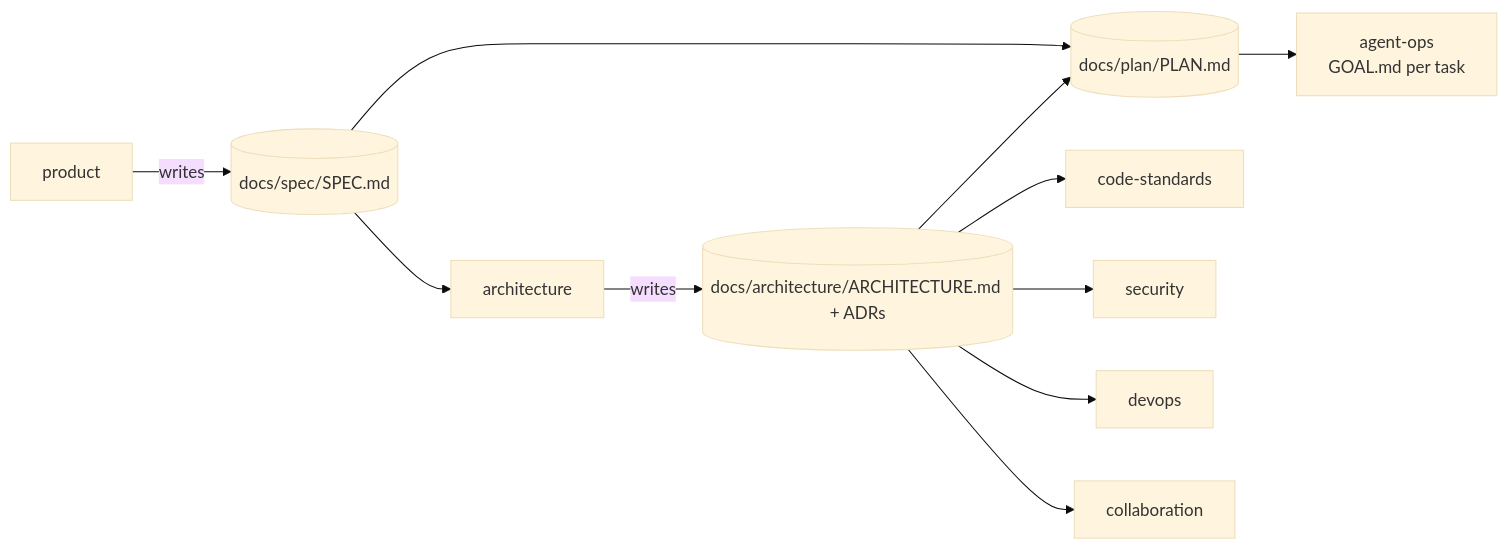
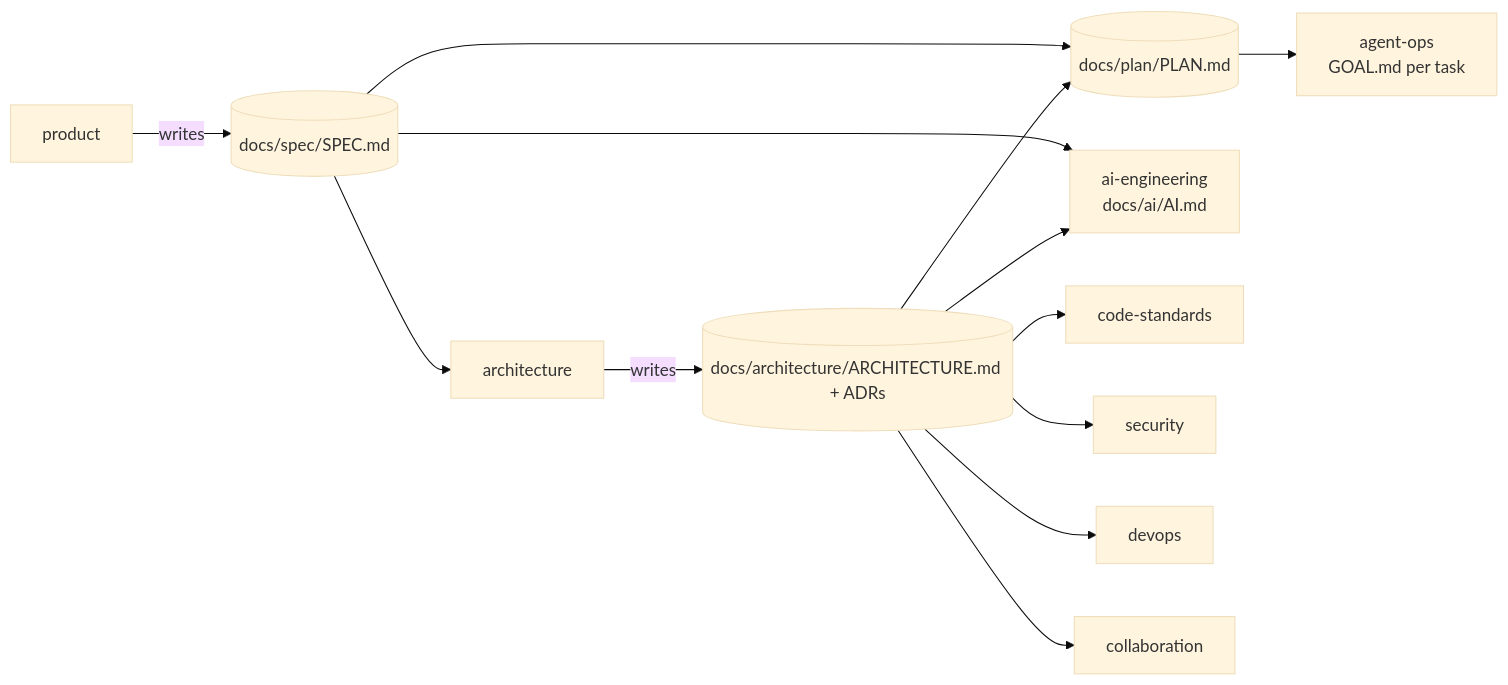
The first of 2 diagrams in README.md (ebuka-odih/agent-skills), drawn with Mermaid (base theme) before and after one commit. The commit also changed other lines of this file and 56 other files, not shown here.

First line of the commit message:
Add ai-engineering plugin: AI architecture with a learning loop

````diff
--- a/README.md
+++ b/README.md
@@ -40,13 +41,15 @@
 ```mermaid
 flowchart LR
   P[product] -->|writes| SP[(docs/spec/SPEC.md)]
   SP --> A
   A[architecture] -->|writes| D[(docs/architecture/ARCHITECTURE.md + ADRs)]
   SP --> PL[(docs/plan/PLAN.md)]
   D --> PL
   PL --> AO[agent-ops<br/>GOAL.md per task]
+  SP --> AI[ai-engineering<br/>docs/ai/AI.md]
+  D --> AI
   D --> C[code-standards]
   D --> S[security]
   D --> O[devops]
   D --> G[collaboration]
 ```
````
